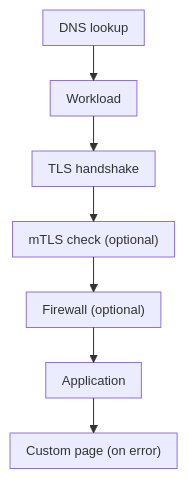
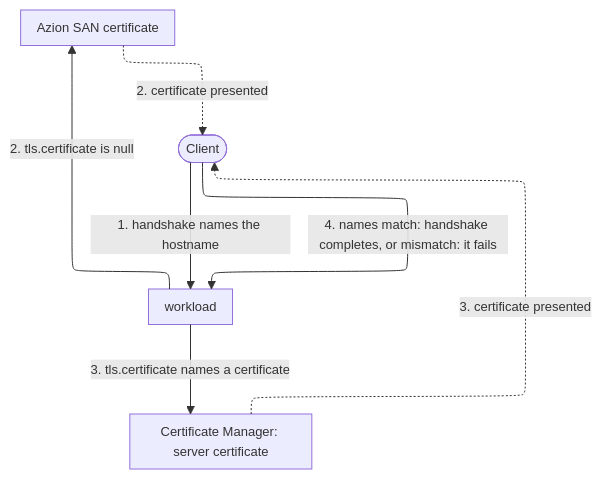
One commit to aziontech/docs changed the second of 5 diagrams in apps/docs/src/content/docs/en/pages/secure/workloads/how-it-works.mdx. Above: the diagram before and after it, drawn with Mermaid. The commit also changed other lines of this file and 7 other files, not shown here.

````diff
--- a/apps/docs/src/content/docs/en/pages/secure/workloads/how-it-works.mdx
+++ b/apps/docs/src/content/docs/en/pages/secure/workloads/how-it-works.mdx
@@ -32,10 +116,14 @@
 ```mermaid
-%%{init: {"layout": "elk", "themeVariables": {"fontSize": "13px"}, "flowchart": {"nodeSpacing": 24, "rankSpacing": 36, "padding": 8, "wrappingWidth": 150, "useMaxWidth": true}, "sequence": {"width": 120, "actorMargin": 30, "useMaxWidth": true}}}%%
+%%{init: {"layout": "elk", "elk": {"preset": "modelOrder", "keepEntryNodeOnTop": true}, "themeVariables": {"fontSize": "13px"}, "flowchart": {"nodeSpacing": 24, "rankSpacing": 36, "padding": 8, "wrappingWidth": 150, "useMaxWidth": true}, "sequence": {"width": 120, "actorMargin": 30, "useMaxWidth": true}}}%%
 flowchart TD
-  DNS["DNS lookup"] --> Host["Workload"]
-  Host --> TLS["TLS handshake"]
-  TLS --> MTLS["mTLS check (optional)"]
-  MTLS --> FW["Firewall (optional)"]
-  FW --> App["Application"]
-  App --> CP["Custom page (on error)"]
+  Client(["Client"])
+  WL["workload"]
+  SAN["Azion SAN certificate"]
+  CM["Certificate Manager: server certificate"]
+  Client -->|"1. handshake names the hostname"| WL
+  WL -->|"2. tls.certificate is null"| SAN
+  WL -->|"3. tls.certificate names a certificate"| CM
+  SAN -.->|"2. certificate presented"| Client
+  CM -.->|"3. certificate presented"| Client
+  Client -->|"4. names match: handshake completes, or mismatch: it fails"| WL
 ```
````
